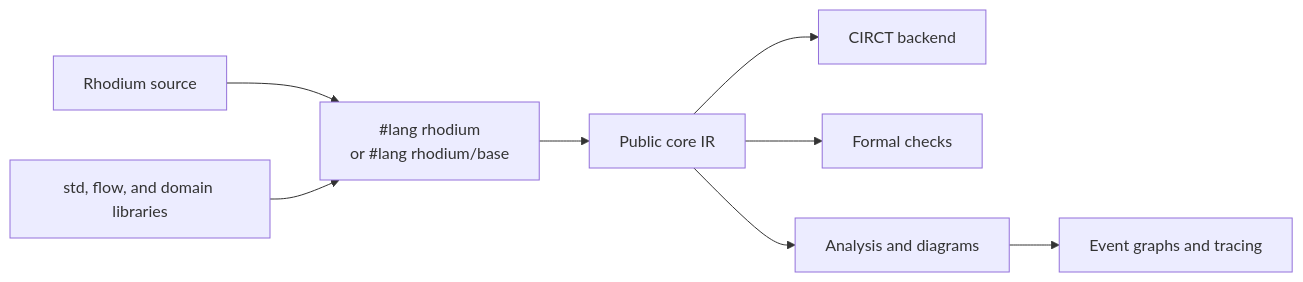
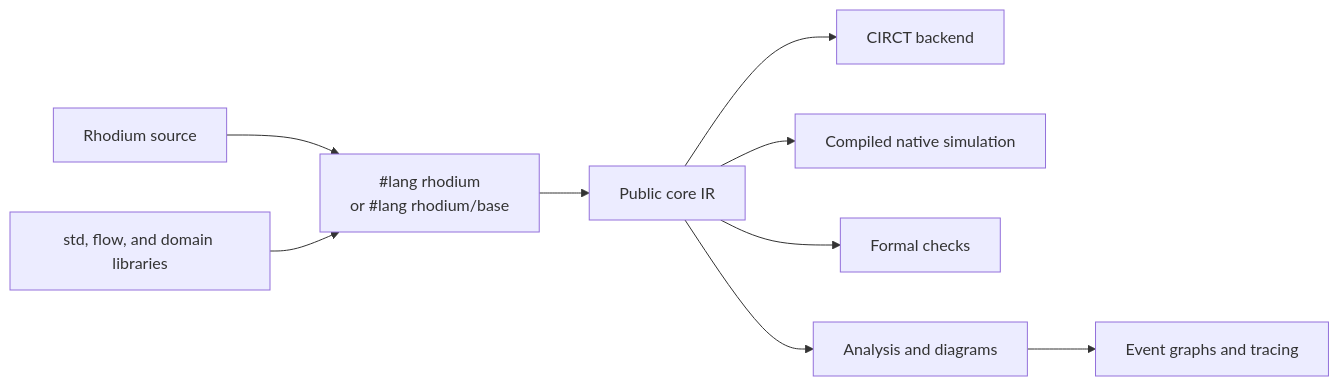
The diagram in rhodium/README.md (jerryz123/rhodium), drawn with Mermaid before and after one commit. The commit also changed other lines of this file and 83 other files, not shown here.

````diff
--- a/rhodium/README.md
+++ b/rhodium/README.md
@@ -32,10 +32,11 @@
 ```mermaid
 flowchart LR
   Author["Rhodium source"] --> Profiles["#lang rhodium<br/>or #lang rhodium/base"]
   Profiles --> Core["Public core IR"]
   Core --> Backend["CIRCT backend"]
+  Core --> Sim["Compiled native simulation"]
   Core --> Formal["Formal checks"]
   Core --> Views["Analysis and diagrams"]
   Views --> Events["Event graphs and tracing"]
   Libraries["std, flow, and domain libraries"] --> Profiles
 ```
````
